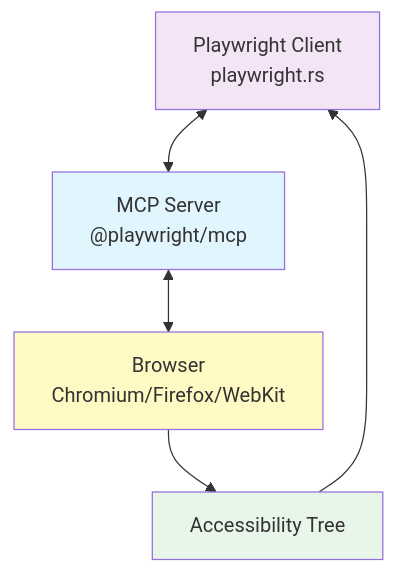
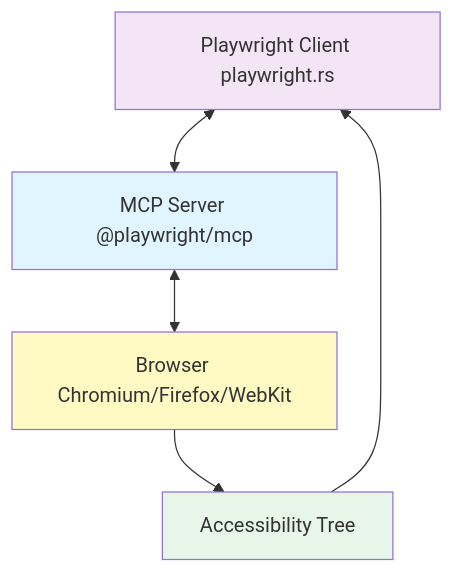
Before and after one commit to softwarewrighter/ui-test-rs: the first of 19 diagrams in wiki/Playwright-Client.md, drawn with Mermaid. The commit also changed other lines of this file and 10 other files, not shown here.

First line of the commit message:
Fix wiki Mermaid diagrams: remove <br/> tags

````diff
--- a/wiki/Playwright-Client.md
+++ b/wiki/Playwright-Client.md
@@ -7,17 +7,17 @@
 ```mermaid
 flowchart TB
-    Client[Playwright Client<br/>playwright.rs]
-    MCP[MCP Server<br/>@playwright/mcp]
-    Browser[Browser<br/>Chromium/Firefox/WebKit]
+    Client[Playwright Client playwright.rs]
+    MCP[MCP Server @playwright/mcp]
+    Browser[Browser Chromium/Firefox/WebKit]
     ATree[Accessibility Tree]
 
     Client <--> MCP
     MCP <--> Browser
     Browser --> ATree
     ATree --> Client
 
     style Client fill:#f3e5f5
     style MCP fill:#e1f5ff
     style Browser fill:#fff9c4
     style ATree fill:#e8f5e9
 ```
````
